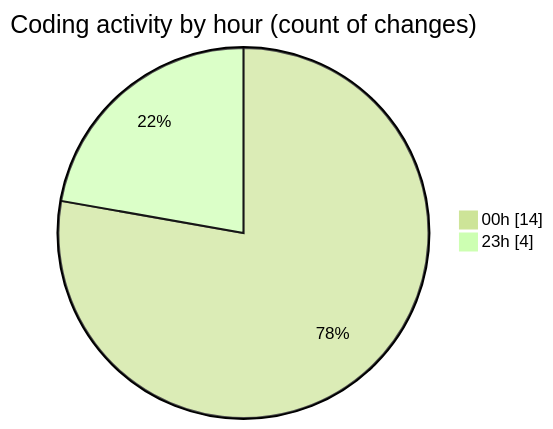
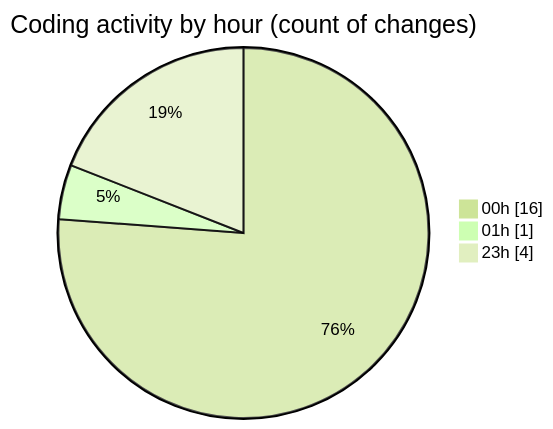
The second of 2 diagrams in 2025-11-23/eventscop-frontend-guide__workspace_/README.md (julien-gomy/code-tracking), drawn with Mermaid (forest theme) before and after one commit. The commit also changed other lines of this file and 1 other file, not shown here.

````diff
--- a/2025-11-23/eventscop-frontend-guide__workspace_/README.md
+++ b/2025-11-23/eventscop-frontend-guide__workspace_/README.md
@@ -34,6 +35,7 @@
 ```mermaid
 pie showData
 title Coding activity by hour (count of changes)
-"00h" : 14
+"00h" : 16
+"01h" : 1
 "23h" : 4
 ```
````
